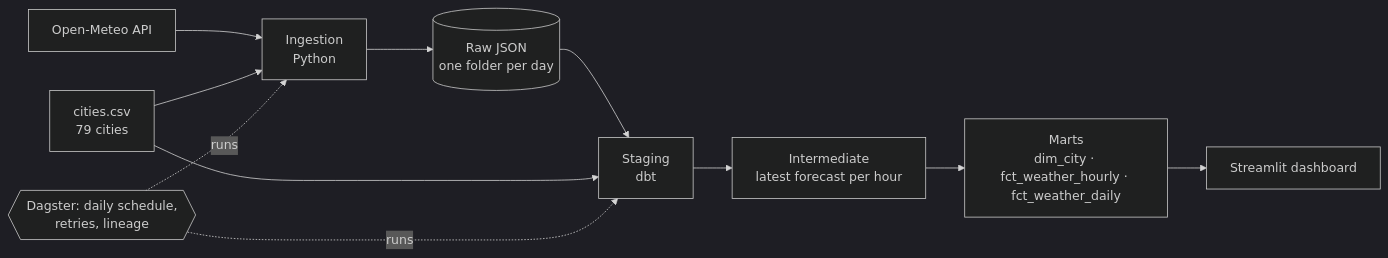
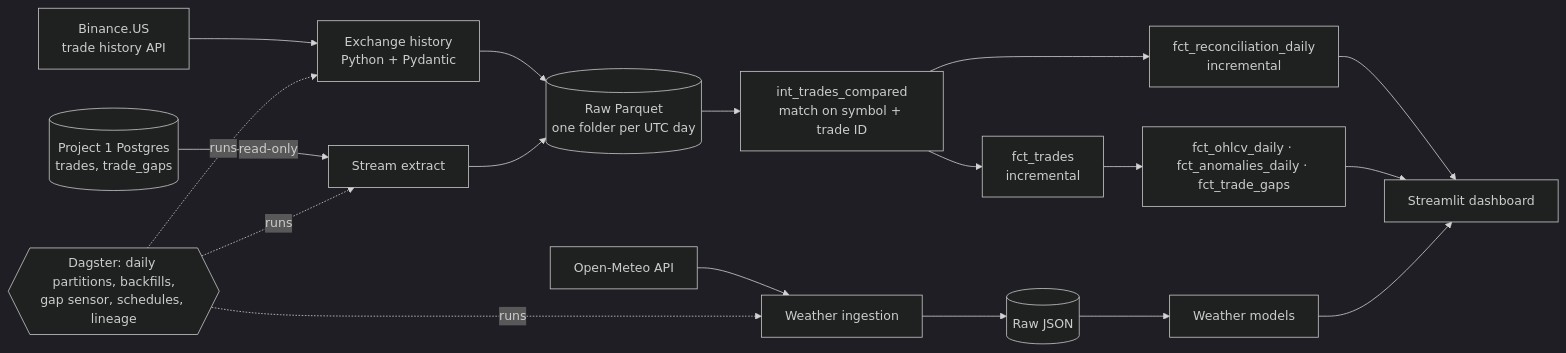
One commit to tanmayee043/lakehouse-pipeline changed the diagram in README.md. Above: the diagram before and after it, drawn with Mermaid (dark theme). The commit also changed other lines of this file and 62 other files, not shown here.

Commit message:
Integrate Project 1: reconcile live crypto trades against the official record

````diff
--- a/README.md
+++ b/README.md
@@ -17,13 +26,18 @@
 ```mermaid
 flowchart LR
-    API[Open-Meteo API] --> ING
-    CSV[cities.csv<br/>79 cities] --> ING
-    ING[Ingestion<br/>Python] --> RAW[(Raw JSON<br/>one folder per day)]
-    RAW --> STG[Staging<br/>dbt]
-    CSV --> STG
-    STG --> INT[Intermediate<br/>latest forecast per hour]
-    INT --> MARTS[Marts<br/>dim_city · fct_weather_hourly · fct_weather_daily]
-    MARTS --> DASH[Streamlit dashboard]
-    DAG{{Dagster: daily schedule,<br/>retries, lineage}} -.runs.-> ING
-    DAG -.runs.-> STG
+    BX[Binance.US<br/>trade history API] --> XH[Exchange history<br/>Python + Pydantic]
+    P1[(Project 1 Postgres<br/>trades, trade_gaps)] -- read-only --> SX[Stream extract]
+    XH --> RC[(Raw Parquet<br/>one folder per UTC day)]
+    SX --> RC
+    RC --> CMP[int_trades_compared<br/>match on symbol + trade ID]
+    CMP --> FT[fct_trades<br/>incremental]
+    CMP --> REC[fct_reconciliation_daily<br/>incremental]
+    FT --> GOLD[fct_ohlcv_daily · fct_anomalies_daily · fct_trade_gaps]
+    OM[Open-Meteo API] --> WI[Weather ingestion] --> RJ[(Raw JSON)] --> WM[Weather models]
+    REC --> DASH[Streamlit dashboard]
+    GOLD --> DASH
+    WM --> DASH
+    DAG{{Dagster: daily partitions, backfills,<br/>gap sensor, schedules, lineage}} -.runs.-> XH
+    DAG -.runs.-> SX
+    DAG -.runs.-> WI
 ```
````
